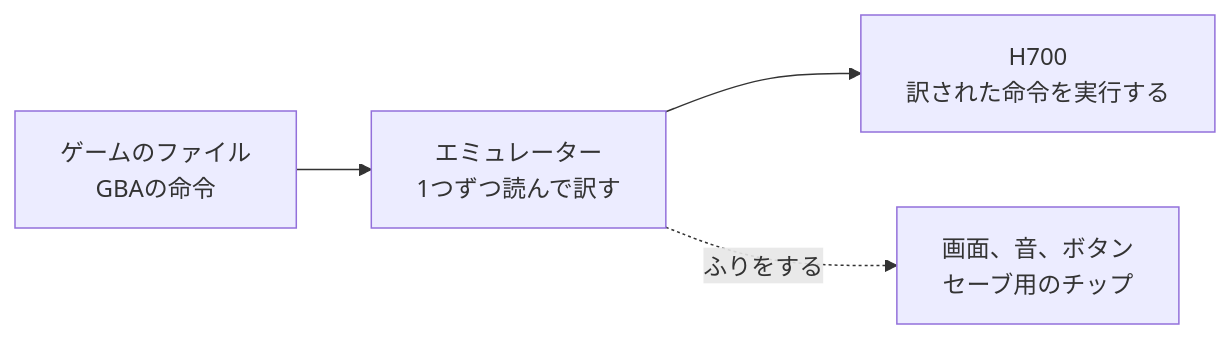
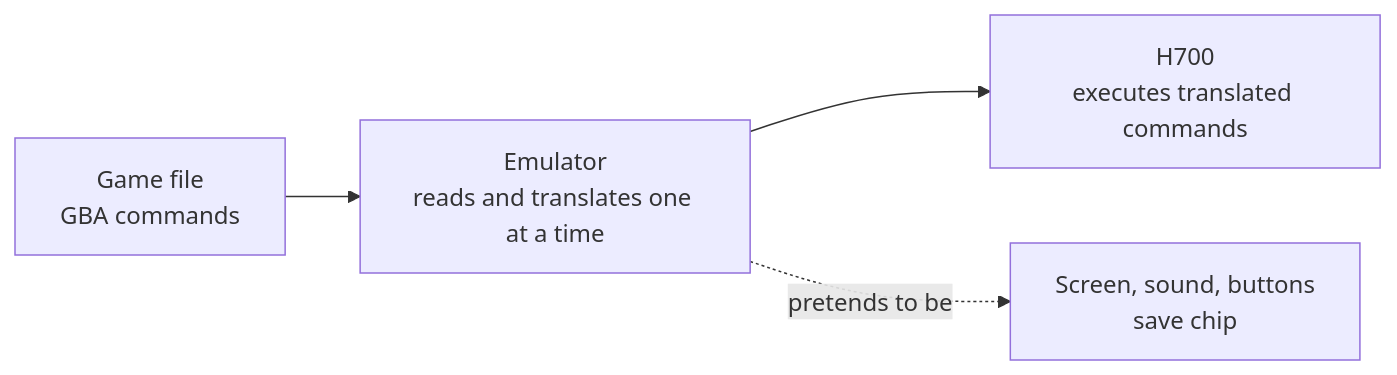
The first of 3 diagrams in articles/16-emulator-and-menu.md (kiwamizamurai/gaming), drawn with Mermaid before and after one commit. The commit also changed other lines of this file and 46 other files, not shown here.

````diff
--- a/articles/16-emulator-and-menu.md
+++ b/articles/16-emulator-and-menu.md
@@ -13,6 +13,6 @@
 ```mermaid
 flowchart LR
-    G[ゲームのファイル<br>GBAの命令] --> E[エミュレーター<br>1つずつ読んで訳す]
-    E --> C[H700<br>訳された命令を実行する]
-    E -.ふりをする.-> P[画面、音、ボタン<br>セーブ用のチップ]
+    G[Game file<br>GBA commands] --> E[Emulator<br>reads and translates one at a time]
+    E --> C[H700<br>executes translated commands]
+    E -.pretends to be.-> P[Screen, sound, buttons<br>save chip]
 ```
````
